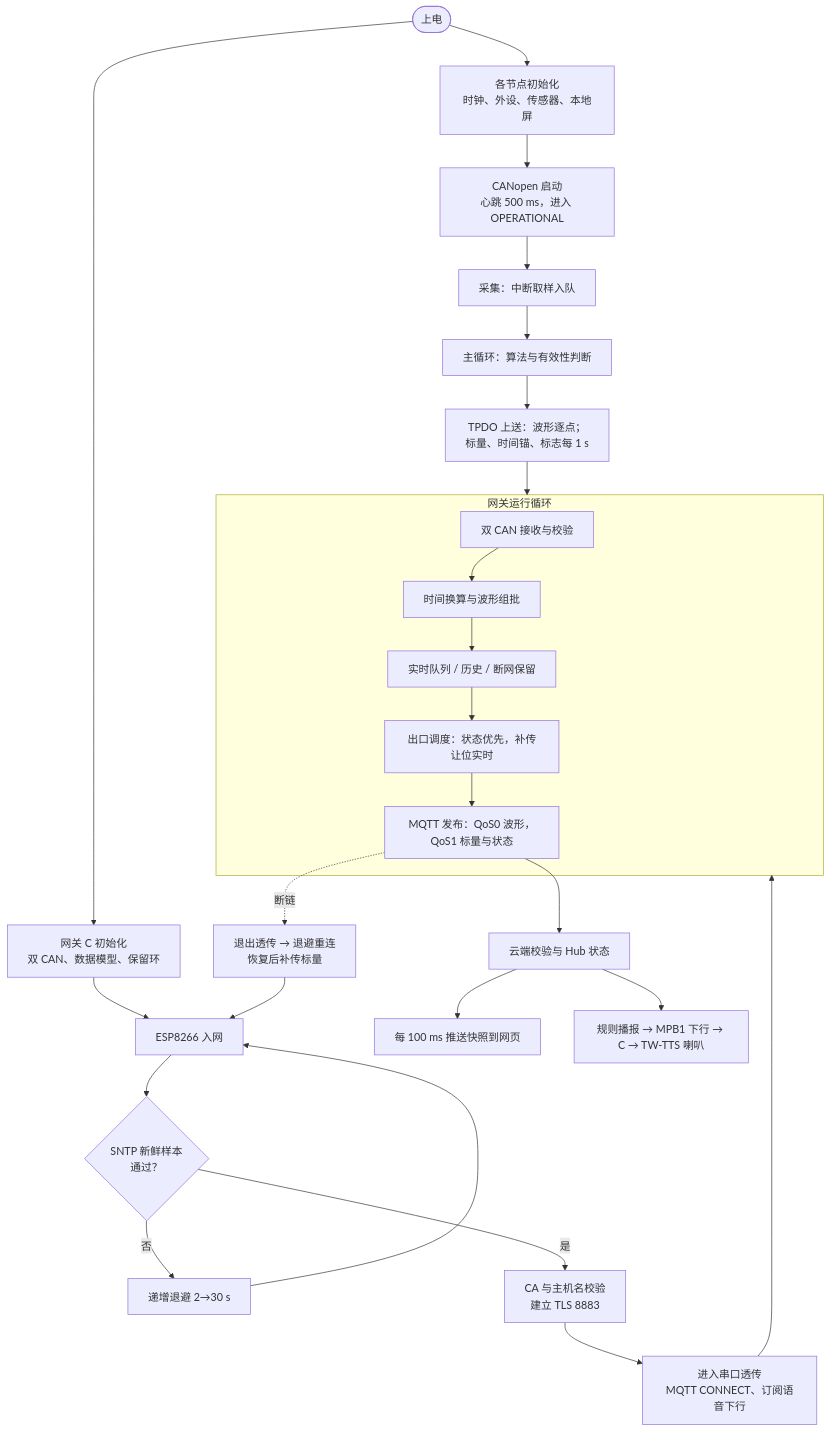
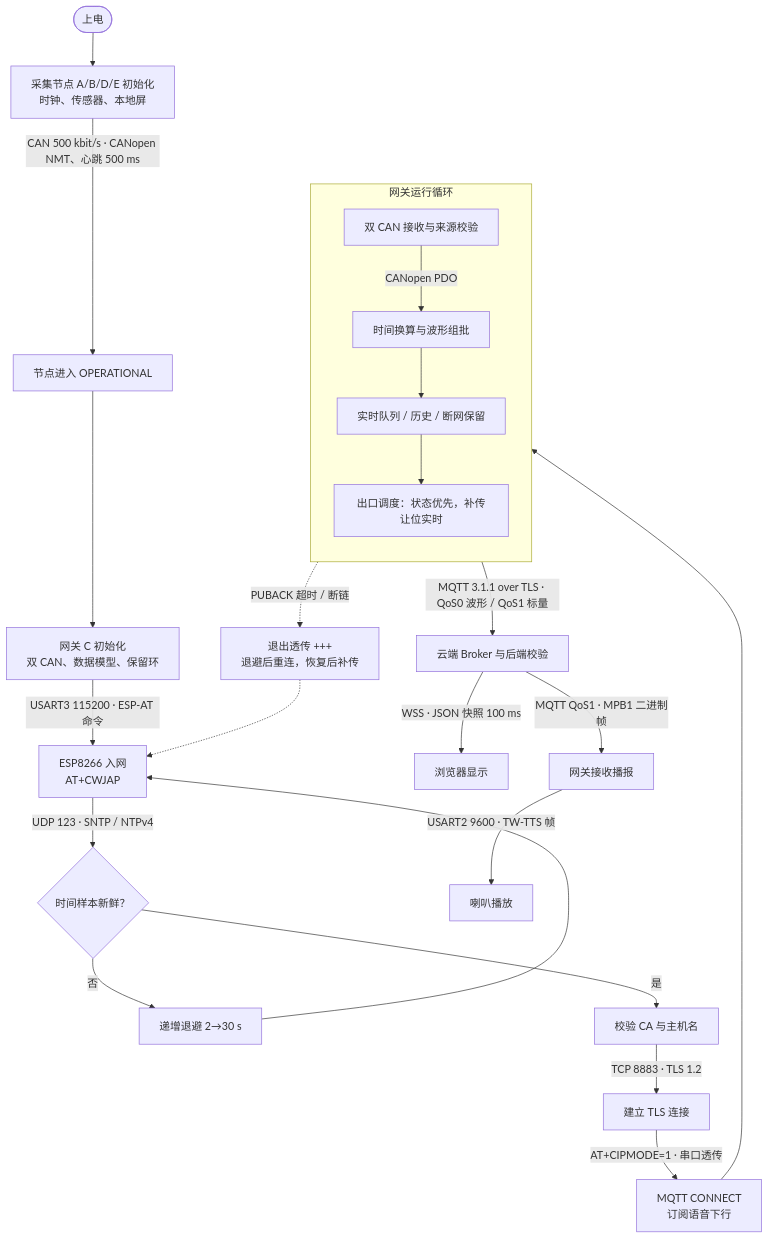
The first of 5 diagrams in docs/acceptance/CLOSEOUT-TECHNICAL-OVERVIEW.md (Serendipity-min/medical-multi-parameter-monitor), drawn with Mermaid before and after one commit. The commit also changed other lines of this file, not shown here.

````diff
--- a/docs/acceptance/CLOSEOUT-TECHNICAL-OVERVIEW.md
+++ b/docs/acceptance/CLOSEOUT-TECHNICAL-OVERVIEW.md
@@ -60,30 +62,28 @@
 ```mermaid
-flowchart TD
-    P0([上电]) --> N1[各节点初始化<br/>时钟、外设、传感器、本地屏]
-    N1 --> N2[CANopen 启动<br/>心跳 500 ms，进入 OPERATIONAL]
-    P0 --> C1[网关 C 初始化<br/>双 CAN、数据模型、保留环]
-    C1 --> C2[ESP8266 入网]
-    C2 --> C3{SNTP 新鲜样本<br/>通过？}
-    C3 -->|否| C4[递增退避 2→30 s] --> C2
-    C3 -->|是| C5[CA 与主机名校验<br/>建立 TLS 8883]
-    C5 --> C6[进入串口透传<br/>MQTT CONNECT、订阅语音下行]
-    C6 --> RUN
-
-    N2 --> S1[采集：中断取样入队]
-    S1 --> S2[主循环：算法与有效性判断]
-    S2 --> S3[TPDO 上送：波形逐点；<br/>标量、时间锚、标志每 1 s]
-    S3 --> RUN
+flowchart TB
+    P0([上电]) --> N1[采集节点 A/B/D/E 初始化<br/>时钟、传感器、本地屏]
+    N1 -->|"CAN 500 kbit/s · CANopen NMT、心跳 500 ms"| N2[节点进入 OPERATIONAL]
+    N2 --> C1[网关 C 初始化<br/>双 CAN、数据模型、保留环]
+    C1 -->|"USART3 115200 · ESP-AT 命令"| C2[ESP8266 入网<br/>AT+CWJAP]
+    C2 -->|"UDP 123 · SNTP / NTPv4"| C3{时间样本新鲜？}
+    C3 -->|否| C4[递增退避 2→30 s]
+    C4 --> C2
+    C3 -->|是| C5[校验 CA 与主机名]
+    C5 -->|"TCP 8883 · TLS 1.2"| C6[建立 TLS 连接]
+    C6 -->|"AT+CIPMODE=1 · 串口透传"| C7[MQTT CONNECT<br/>订阅语音下行]
+    C7 --> R1
 
     subgraph RUN[网关运行循环]
-      R1[双 CAN 接收与校验] --> R2[时间换算与波形组批]
+      direction TB
+      R1[双 CAN 接收与来源校验] -->|"CANopen PDO"| R2[时间换算与波形组批]
       R2 --> R3[实时队列 / 历史 / 断网保留]
       R3 --> R4[出口调度：状态优先，补传让位实时]
-      R4 --> R5[MQTT 发布：QoS0 波形，QoS1 标量与状态]
     end
 
-    R5 --> CL1[云端校验与 Hub 状态]
-    CL1 --> CL2[每 100 ms 推送快照到网页]
-    CL1 --> CL3[规则播报 → MPB1 下行 → C → TW-TTS 喇叭]
-    R5 -.断链.-> X1[退出透传 → 退避重连<br/>恢复后补传标量]
-    X1 --> C2
+    R4 -->|"MQTT 3.1.1 over TLS · QoS0 波形 / QoS1 标量"| CL1[云端 Broker 与后端校验]
+    CL1 -->|"WSS · JSON 快照 100 ms"| CL2[浏览器显示]
+    CL1 -->|"MQTT QoS1 · MPB1 二进制帧"| CL3[网关接收播报]
+    CL3 -->|"USART2 9600 · TW-TTS 帧"| CL4[喇叭播放]
+    R4 -.->|"PUBACK 超时 / 断链"| X1[退出透传 +++<br/>退避后重连，恢复后补传]
+    X1 -.-> C2
 ```
````
